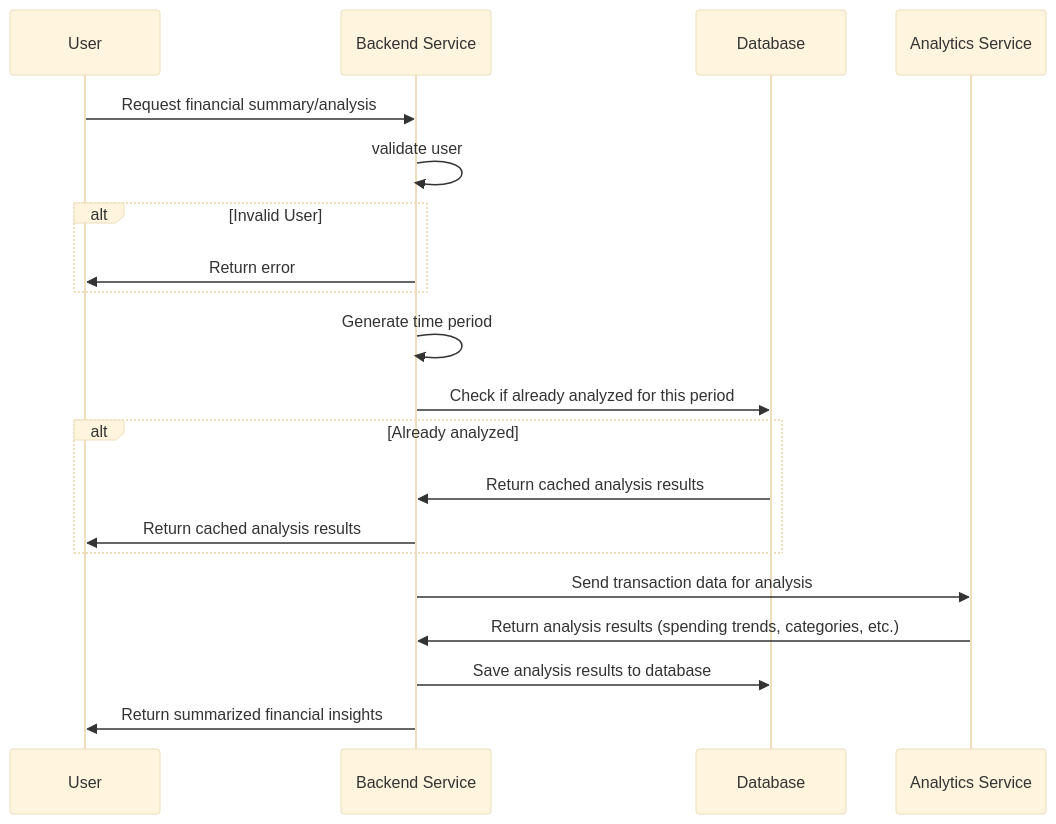
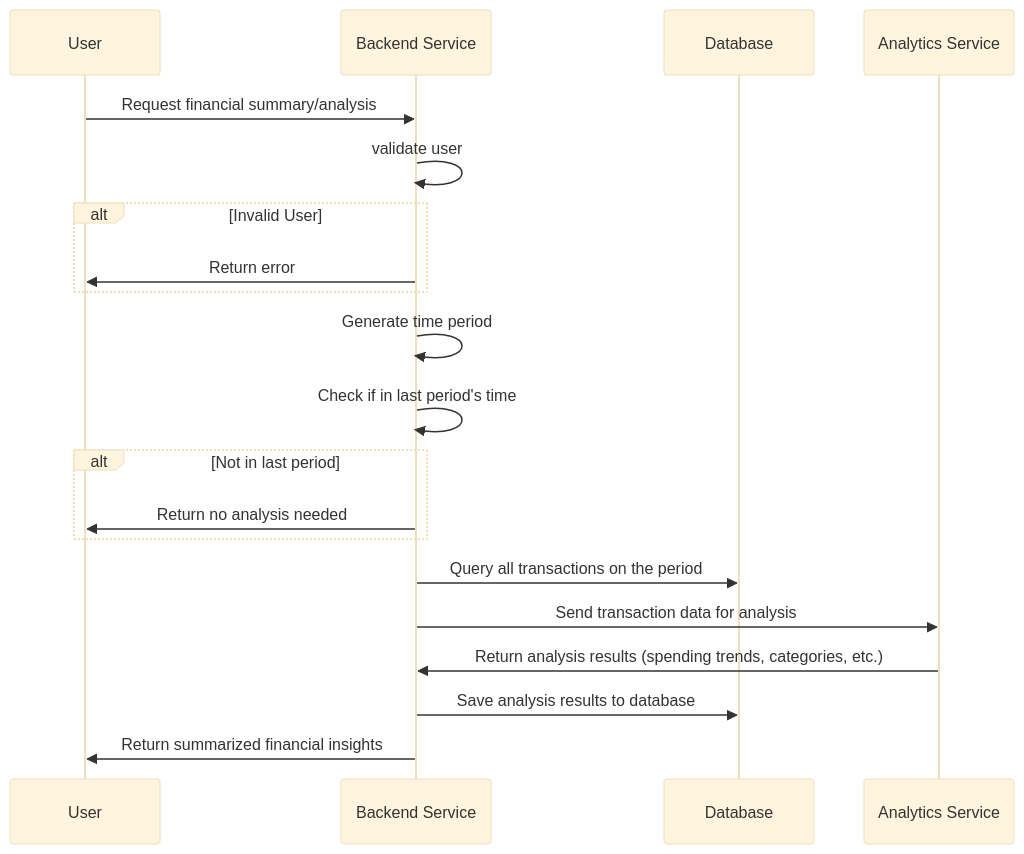
Before and after one commit to JPratama7/scratches-docs: the sixth of 6 diagrams in finance-pocket/README.md, drawn with Mermaid (base theme). The commit also changed other lines of this file, not shown here.

Commit message:
refactor: adjust transaction analyze workflow works

````diff
--- a/finance-pocket/README.md
+++ b/finance-pocket/README.md
@@ -259,26 +259,27 @@
 ```mermaid
 sequenceDiagram
     participant A as User
     participant B as Backend Service
     participant D as Database
     participant F as Analytics Service
 
     A ->> B: Request financial summary/analysis
     B ->> B: validate user
     alt Invalid User
         B ->> A: Return error
     end
 
     B ->> B: Generate time period
-    
-    B ->> D: Check if already analyzed for this period
-    alt Already analyzed
-        D ->> B: Return cached analysis results
-        B ->> A: Return cached analysis results
+
+    B ->> B: Check if in last period's time
+    alt Not in last period
+        B ->> A: Return no analysis needed
     end
-    
+
+    B ->> D: Query all transactions on the period
+
     B ->> F: Send transaction data for analysis
     F ->> B: Return analysis results (spending trends, categories, etc.)
     B ->> D: Save analysis results to database
     B ->> A: Return summarized financial insights
 ```
````
